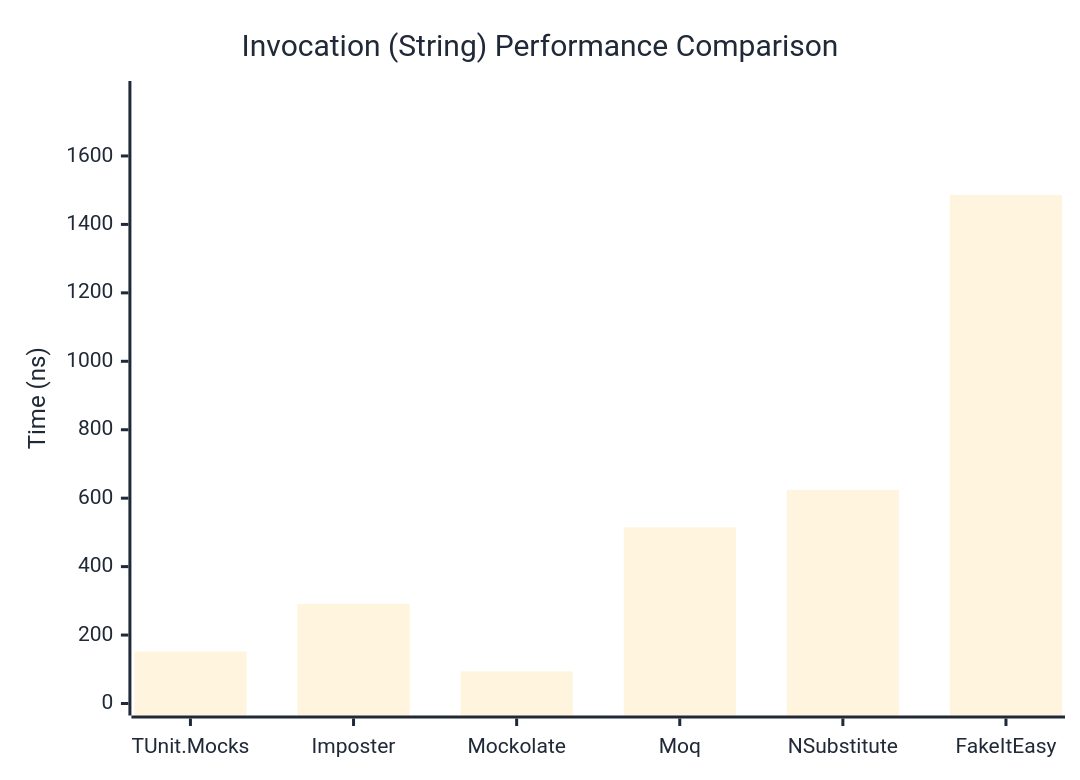
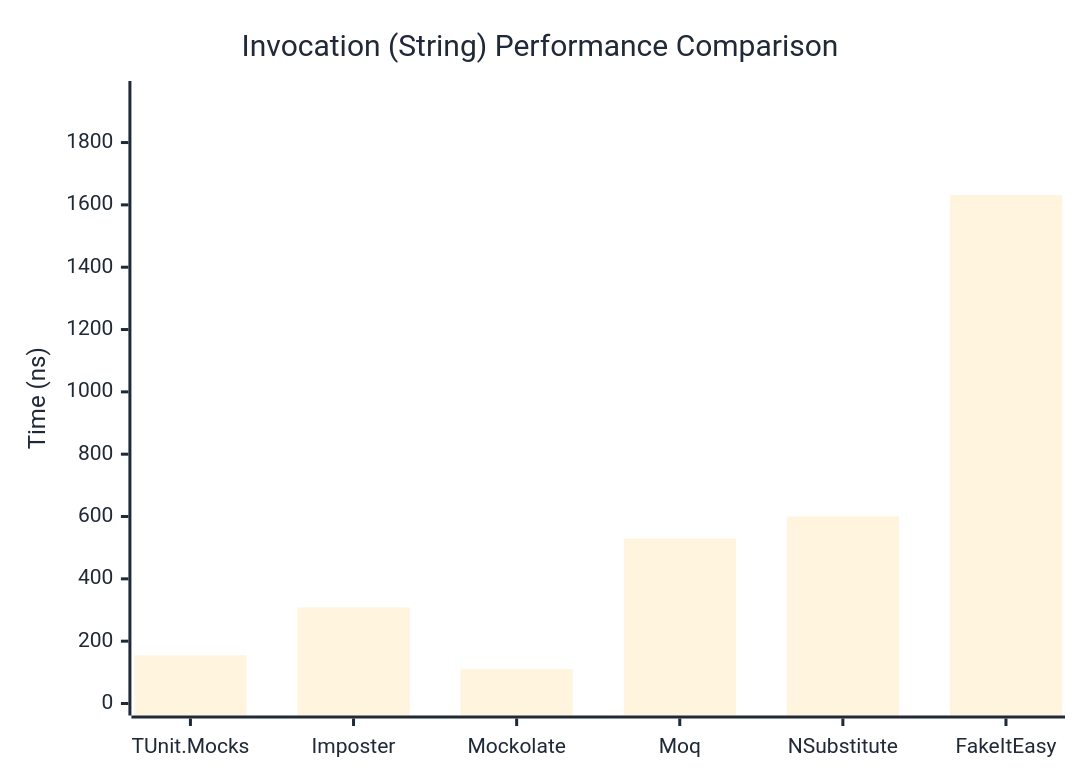
One commit to thomhurst/TUnit changed the second of 3 diagrams in docs/docs/benchmarks/mocks/Invocation.md. Above: the diagram before and after it, drawn with Mermaid. The commit also changed other lines of this file and 14 other files, not shown here.

````diff
--- a/docs/docs/benchmarks/mocks/Invocation.md
+++ b/docs/docs/benchmarks/mocks/Invocation.md
@@ -69,27 +69,27 @@
 ```mermaid
 %%{init: {
   'theme':'base',
   'themeVariables': {
     'primaryColor': '#2563eb',
     'primaryTextColor': '#1f2937',
     'primaryBorderColor': '#1e40af',
     'lineColor': '#6b7280',
     'secondaryColor': '#7c3aed',
     'tertiaryColor': '#dc2626',
     'background': '#ffffff',
     'pie1': '#2563eb',
     'pie2': '#7c3aed',
     'pie3': '#dc2626',
     'pie4': '#f59e0b',
     'pie5': '#10b981',
     'pie6': '#06b6d4',
     'pie7': '#ec4899',
     'pie8': '#6366f1'
   }
 }}%%
 xychart-beta
   title "Invocation (String) Performance Comparison"
   x-axis ["TUnit.Mocks", "Imposter", "Mockolate", "Moq", "NSubstitute", "FakeItEasy"]
-  y-axis "Time (ns)" 0 --> 1784
-  bar [151.62, 291.29, 93.64, 514.88, 624.13, 1486.1]
+  y-axis "Time (ns)" 0 --> 1959
+  bar [154.9, 308.2, 110.4, 529.3, 600.2, 1632]
 ```
````
